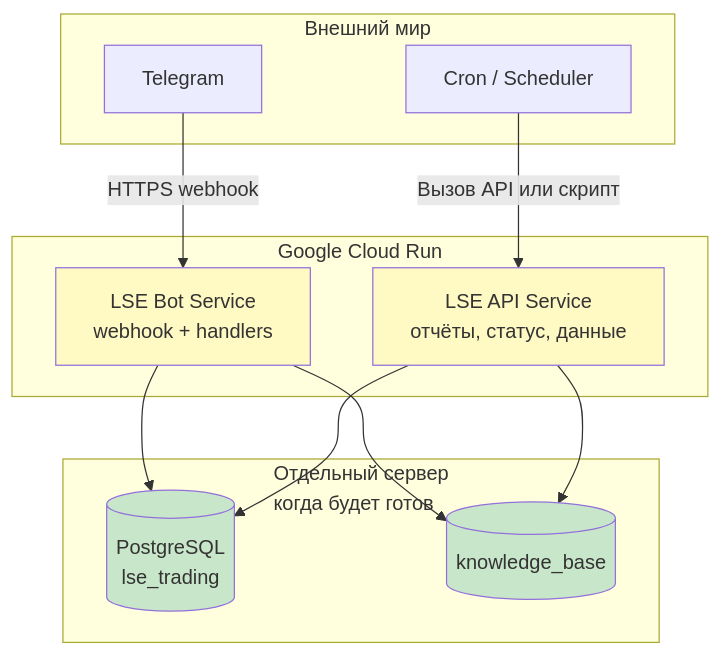
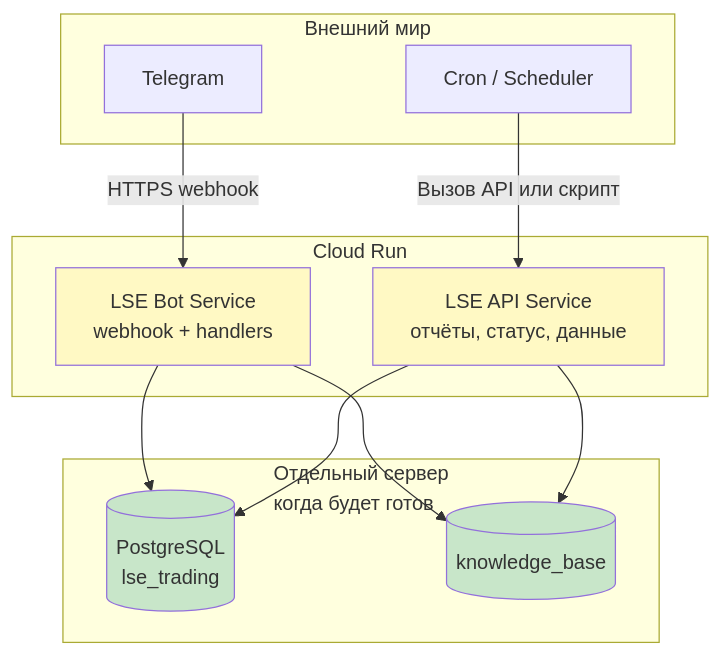
Before and after one commit to kobyzev-yuri/lse: diagram 22 of 23 in BUSINESS_PROCESSES.md, drawn with Mermaid. The commit also changed other lines of this file and 23 other files, not shown here.

````diff
--- a/BUSINESS_PROCESSES.md
+++ b/BUSINESS_PROCESSES.md
@@ -818,30 +818,30 @@
 ```mermaid
 flowchart TB
     subgraph External[Внешний мир]
         TG[Telegram]
         CRON[Cron / Scheduler]
     end
     
-    subgraph GCP[Google Cloud Run]
+    subgraph GCP[Cloud Run]
         BOT[LSE Bot Service<br/>webhook + handlers]
         API[LSE API Service<br/>отчёты, статус, данные]
     end
     
     subgraph Server[Отдельный сервер<br/>когда будет готов]
         PG[(PostgreSQL<br/>lse_trading)]
         KB[(knowledge_base)]
     end
     
     TG -->|HTTPS webhook| BOT
     CRON -->|Вызов API или скрипт| API
     
     BOT --> PG
     BOT --> KB
     API --> PG
     API --> KB
     
     style BOT fill:#fff9c4
     style API fill:#fff9c4
     style PG fill:#c8e6c9
     style KB fill:#c8e6c9
 ```
````
